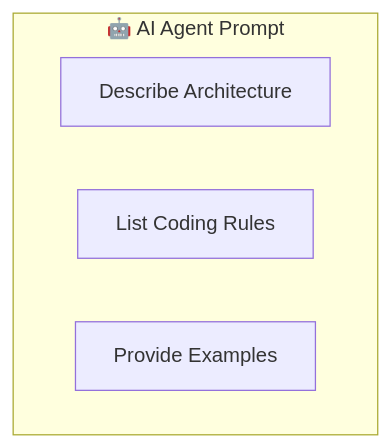
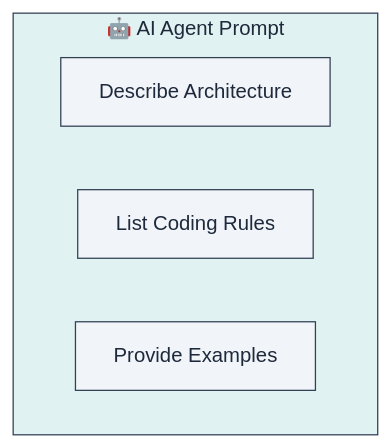
Diagram 12 of 14 in book/chapters/07_best_practices.md (lploc94/flutter_orchestrator), drawn with Mermaid before and after one commit. The commit also changed other lines of this file and 4 other files, not shown here.

````diff
--- a/book/chapters/07_best_practices.md
+++ b/book/chapters/07_best_practices.md
@@ -294,8 +372,13 @@
 ```mermaid
 graph TB
     subgraph AIPrompt["🤖 AI Agent Prompt"]
         Context["Describe Architecture"]
         Rules["List Coding Rules"]
         Examples["Provide Examples"]
     end
+    
+    style AIPrompt fill:#e0f2f1,stroke:#334155,color:#1e293b
+    style Context fill:#f1f5f9,stroke:#334155,color:#1e293b
+    style Rules fill:#f1f5f9,stroke:#334155,color:#1e293b
+    style Examples fill:#f1f5f9,stroke:#334155,color:#1e293b
 ```
````
